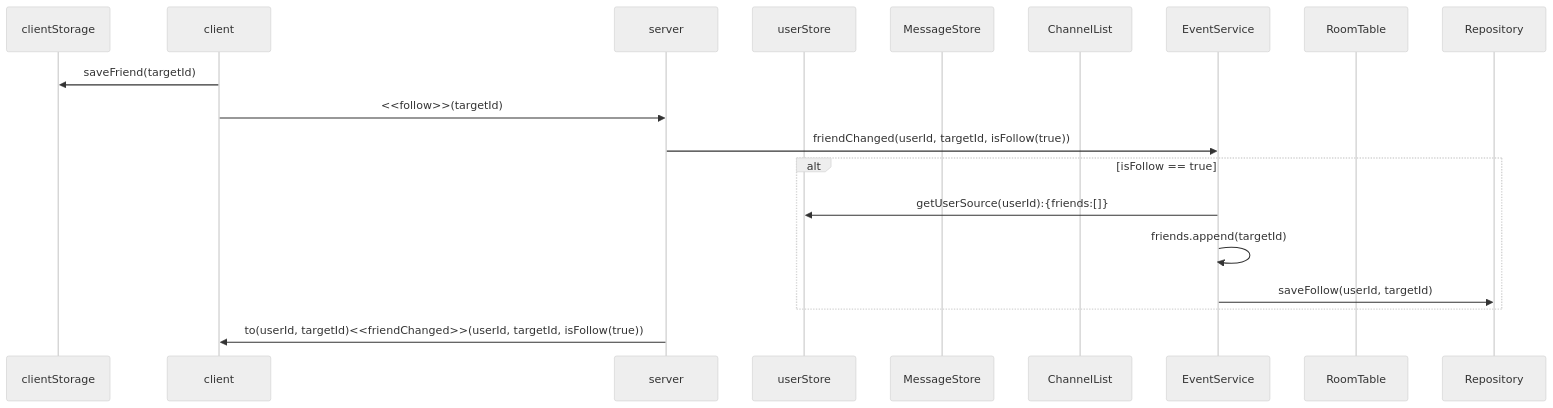
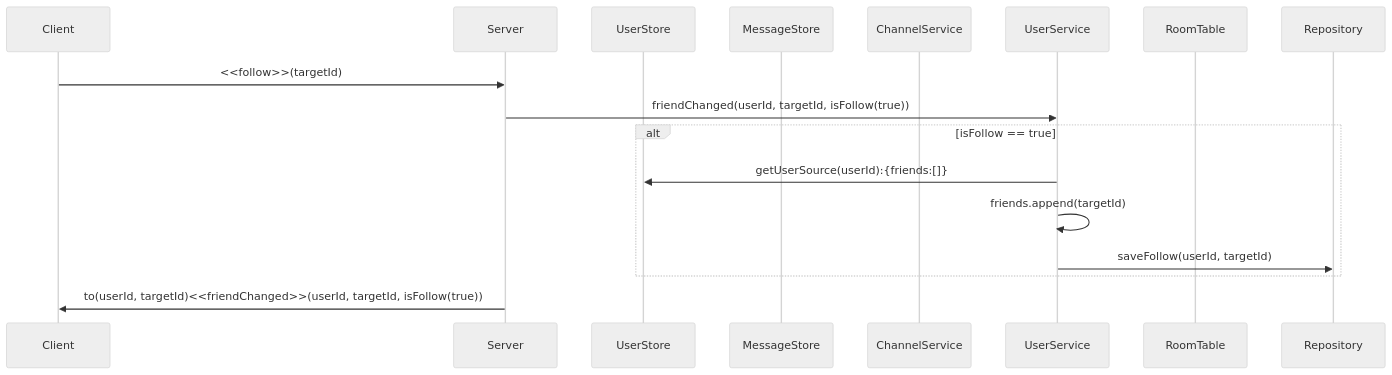
Before and after one commit to mtak0235/simmons_transcendence: the sixth of 20 diagrams in backend/node/app/event.md, drawn with Mermaid (neutral theme). The commit also changed other lines of this file, not shown here.

Commit message:
refactor: 백엔드 소켓 시퀀스 다이어그램 순서 정리 & 요청 응답 값 구체화

````diff
--- a/backend/node/app/event.md
+++ b/backend/node/app/event.md
@@ -185,22 +285,20 @@
 ```mermaid
 sequenceDiagram
-participant cls as clientStorage
-participant c as client
-participant ga as server
-participant ss as userStore
+participant c as Client
+participant ga as Server
+participant ss as UserStore
 participant ms as MessageStore
-participant cns as ChannelList
-participant cs as EventService
+participant cns as ChannelService
+participant us as UserService
 participant rt as RoomTable
 participant r as Repository
 
-c->>cls: saveFriend(targetId)
 c->>ga: <<follow>>(targetId)
-ga->>cs: friendChanged(userId, targetId, isFollow(true))
+ga->>us: friendChanged(userId, targetId, isFollow(true))
 alt isFollow == true
-cs->>ss: getUserSource(userId):{friends:[]}
-cs->>cs: friends.append(targetId)
-cs->>r: saveFollow(userId, targetId)
+us->>ss: getUserSource(userId):{friends:[]}
+us->>us: friends.append(targetId)
+us->>r: saveFollow(userId, targetId)
 end
 ga->>c: to(userId, targetId)<<friendChanged>>(userId, targetId, isFollow(true))
 ```
````
